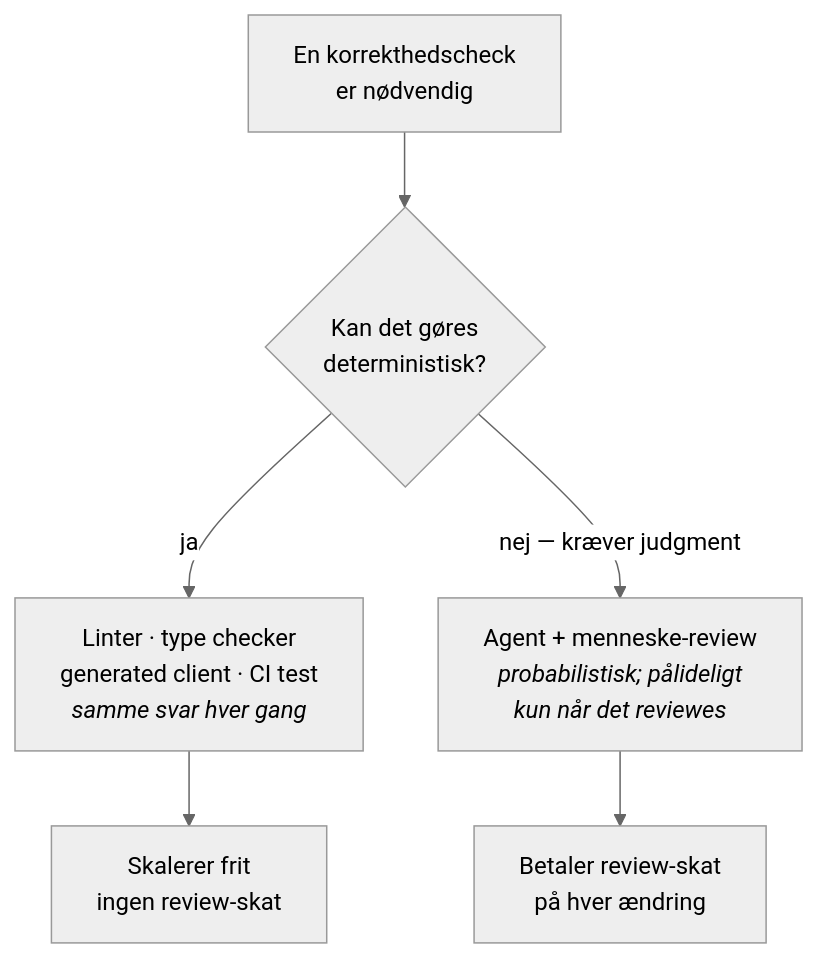
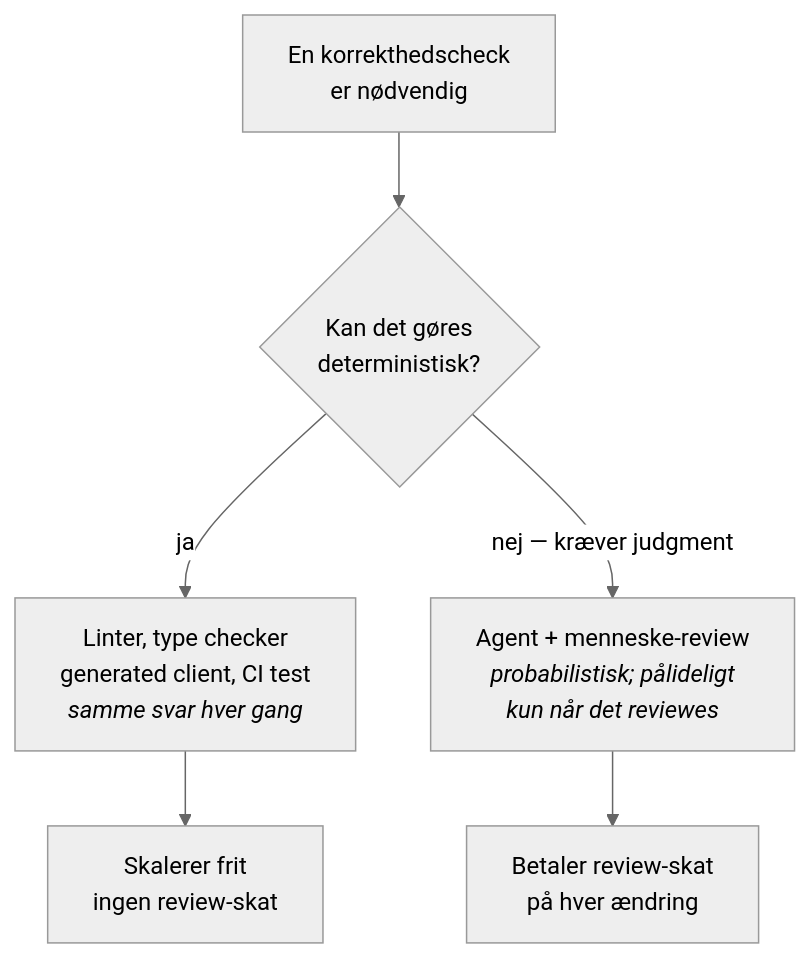
One commit to syv-ai/agentic-coding-playbook changed the fourth of 4 diagrams in decks/audiences/norlys-2026-05-05/slides.md. Above: the diagram before and after it, drawn with Mermaid (neutral theme). The commit also changed other lines of this file, not shown here.

````diff
--- a/decks/audiences/norlys-2026-05-05/slides.md
+++ b/decks/audiences/norlys-2026-05-05/slides.md
@@ -1219,8 +1209,8 @@
 ```mermaid {scale: 0.75}
 flowchart TD
     Need[En korrekthedscheck<br/>er nødvendig] --> Q{Kan det gøres<br/>deterministisk?}
-    Q -->|ja| Det[Linter · type checker<br/>generated client · CI test<br/><i>samme svar hver gang</i>]
+    Q -->|ja| Det[Linter, type checker<br/>generated client, CI test<br/><i>samme svar hver gang</i>]
     Q -->|nej — kræver judgment| Prob[Agent + menneske-review<br/><i>probabilistisk; pålideligt<br/>kun når det reviewes</i>]
     Det --> Scale[Skalerer frit<br/>ingen review-skat]
     Prob --> Tax[Betaler review-skat<br/>på hver ændring]
 ```
````
